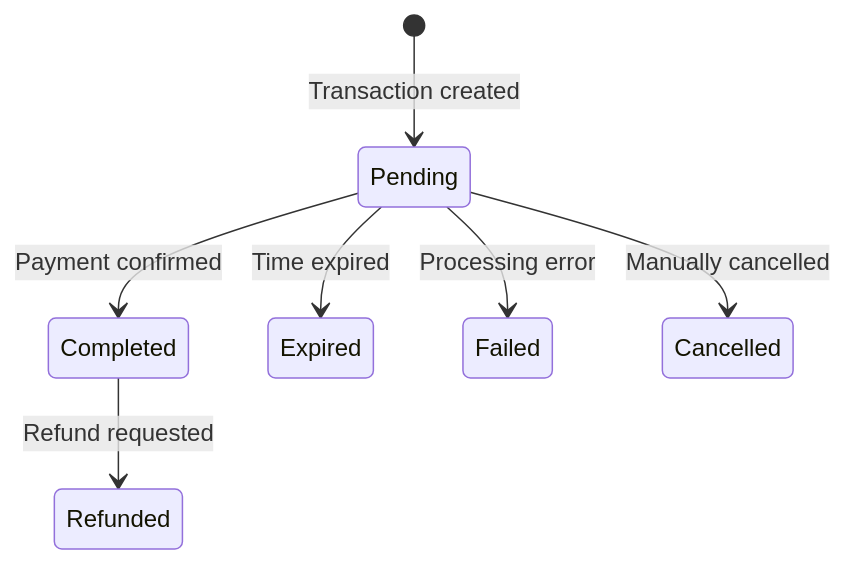
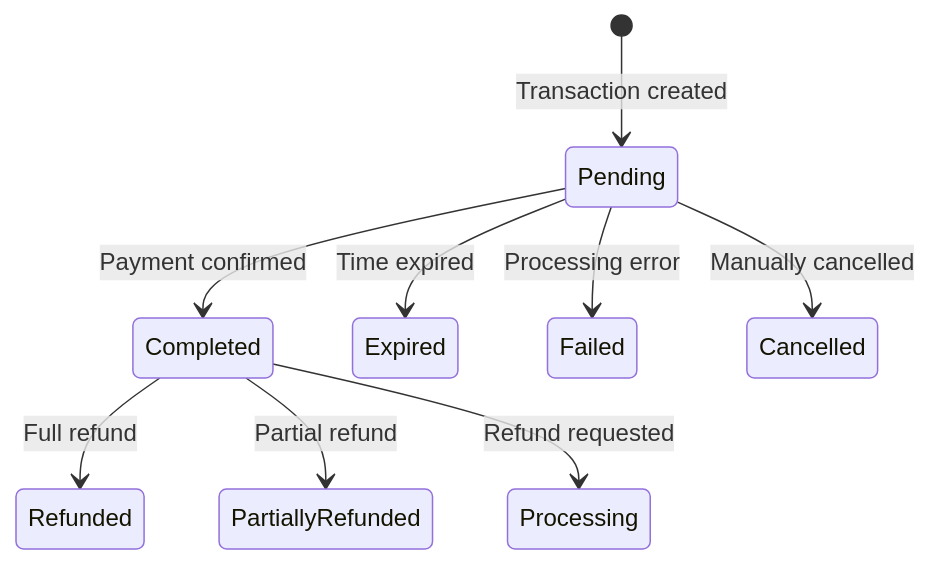
One commit to Safefy-Pay/docs changed the second of 2 diagrams in en/webhooks.mdx. Above: the diagram before and after it, drawn with Mermaid. The commit also changed other lines of this file and 5 other files, not shown here.

````diff
--- a/en/webhooks.mdx
+++ b/en/webhooks.mdx
@@ -50,9 +46,11 @@
 ```mermaid
 stateDiagram-v2
     [*] --> Pending: Transaction created
     Pending --> Completed: Payment confirmed
     Pending --> Expired: Time expired
     Pending --> Failed: Processing error
     Pending --> Cancelled: Manually cancelled
-    Completed --> Refunded: Refund requested
+    Completed --> Refunded: Full refund
+    Completed --> PartiallyRefunded: Partial refund
+    Completed --> Processing: Refund requested
 ```
````
